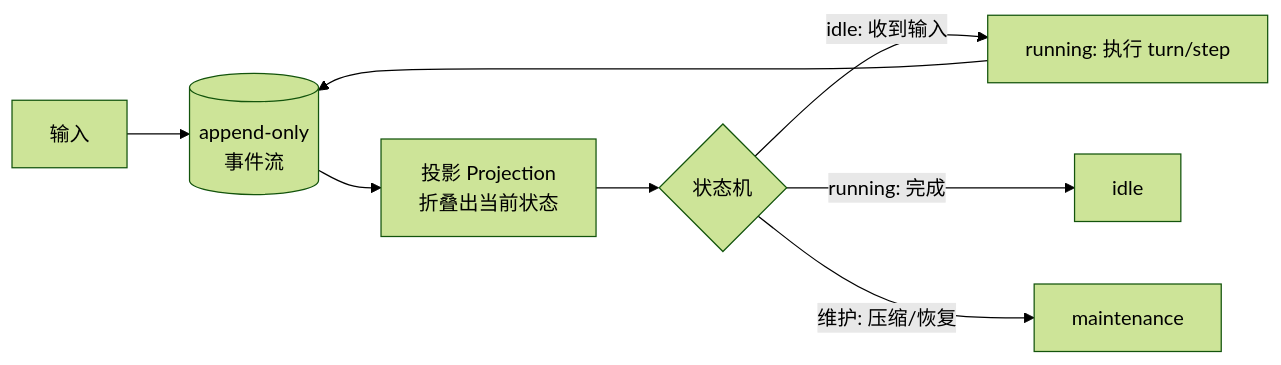
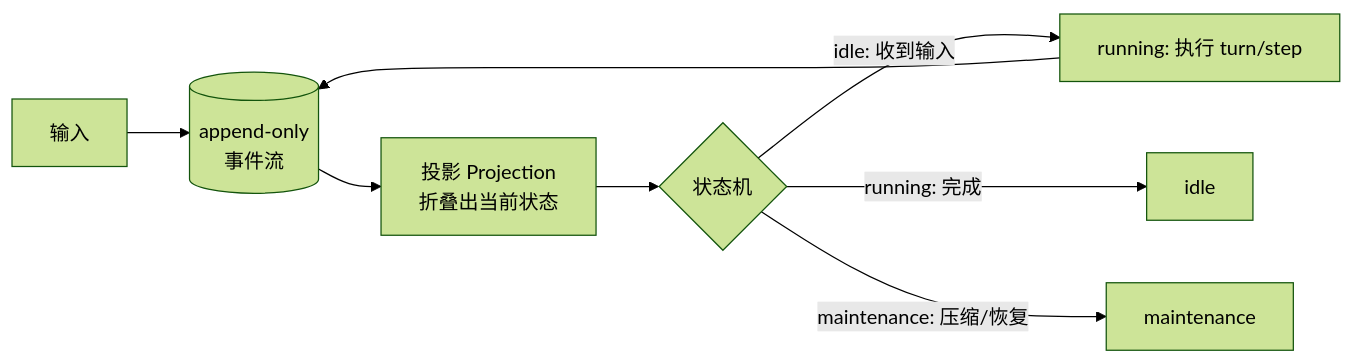
One commit to funny8kids/ai-agent-handbook changed the diagram in docs/11-engineering/state-machine-event-driven.md. Above: the diagram before and after it, drawn with Mermaid (forest theme). The commit also changed other lines of this file and 3 other files, not shown here.

````diff
--- a/docs/11-engineering/state-machine-event-driven.md
+++ b/docs/11-engineering/state-machine-event-driven.md
@@ -23,10 +79,10 @@
 ```mermaid
 flowchart LR
   IN[输入] --> BUS[(append-only<br/>事件流)]
   BUS --> P[投影 Projection<br/>折叠出当前状态]
   P --> SM{状态机}
   SM -- idle: 收到输入 --> R[running: 执行 turn/step]
   SM -- running: 完成 --> I[idle]
-  SM -- 维护: 压缩/恢复 --> M[maintenance]
+  SM -- maintenance: 压缩/恢复 --> M[maintenance]
   R --> BUS
 ```
````
